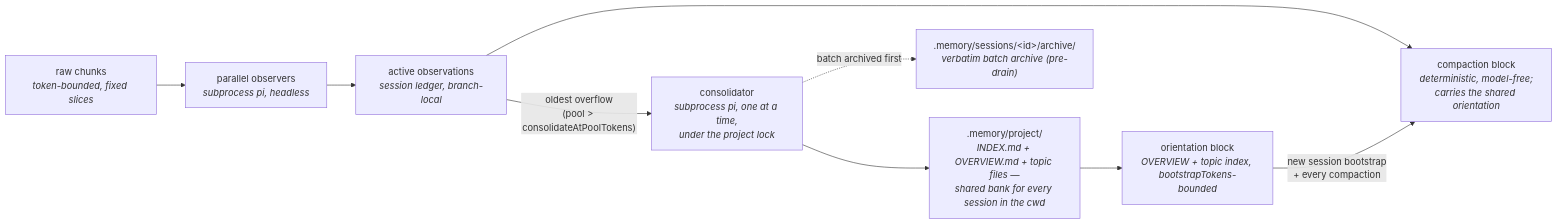
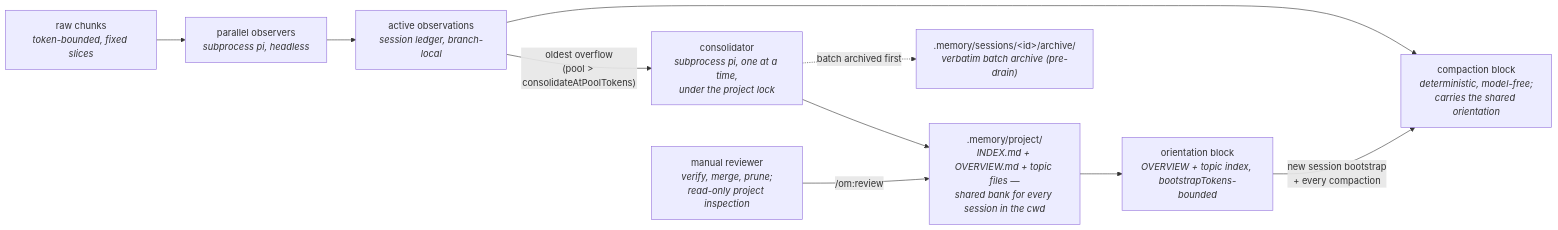
The diagram in README.md (SasalBartosz/pi-observational-memory), drawn with Mermaid before and after one commit. The commit also changed other lines of this file and 22 other files, not shown here.

First line of the commit message:
Add manual project memory reviewer

````diff
--- a/README.md
+++ b/README.md
@@ -65,17 +66,19 @@
 ```mermaid
 flowchart LR
     A["raw chunks<br/><i>token-bounded, fixed slices</i>"]
     B["parallel observers<br/><i>subprocess pi, headless</i>"]
     C["active observations<br/><i>session ledger, branch-local</i>"]
     D["compaction block<br/><i>deterministic, model-free;<br/>carries the shared orientation</i>"]
     E["consolidator<br/><i>subprocess pi, one at a time,<br/>under the project lock</i>"]
     F[".memory/project/<br/><i>INDEX.md + OVERVIEW.md + topic files —<br/>shared bank for every session in the cwd</i>"]
     G[".memory/sessions/&lt;id&gt;/archive/<br/><i>verbatim batch archive (pre-drain)</i>"]
     H["orientation block<br/><i>OVERVIEW + topic index, bootstrapTokens-bounded</i>"]
+    I["manual reviewer<br/><i>verify, merge, prune;<br/>read-only project inspection</i>"]
 
     A --> B --> C --> D
     C -- "oldest overflow<br/>(pool > consolidateAtPoolTokens)" --> E --> F
     E -. "batch archived first" .-> G
+    I -- "/om:review" --> F
     F --> H
     H -- "new session bootstrap<br/>+ every compaction" --> D
 ```
````
